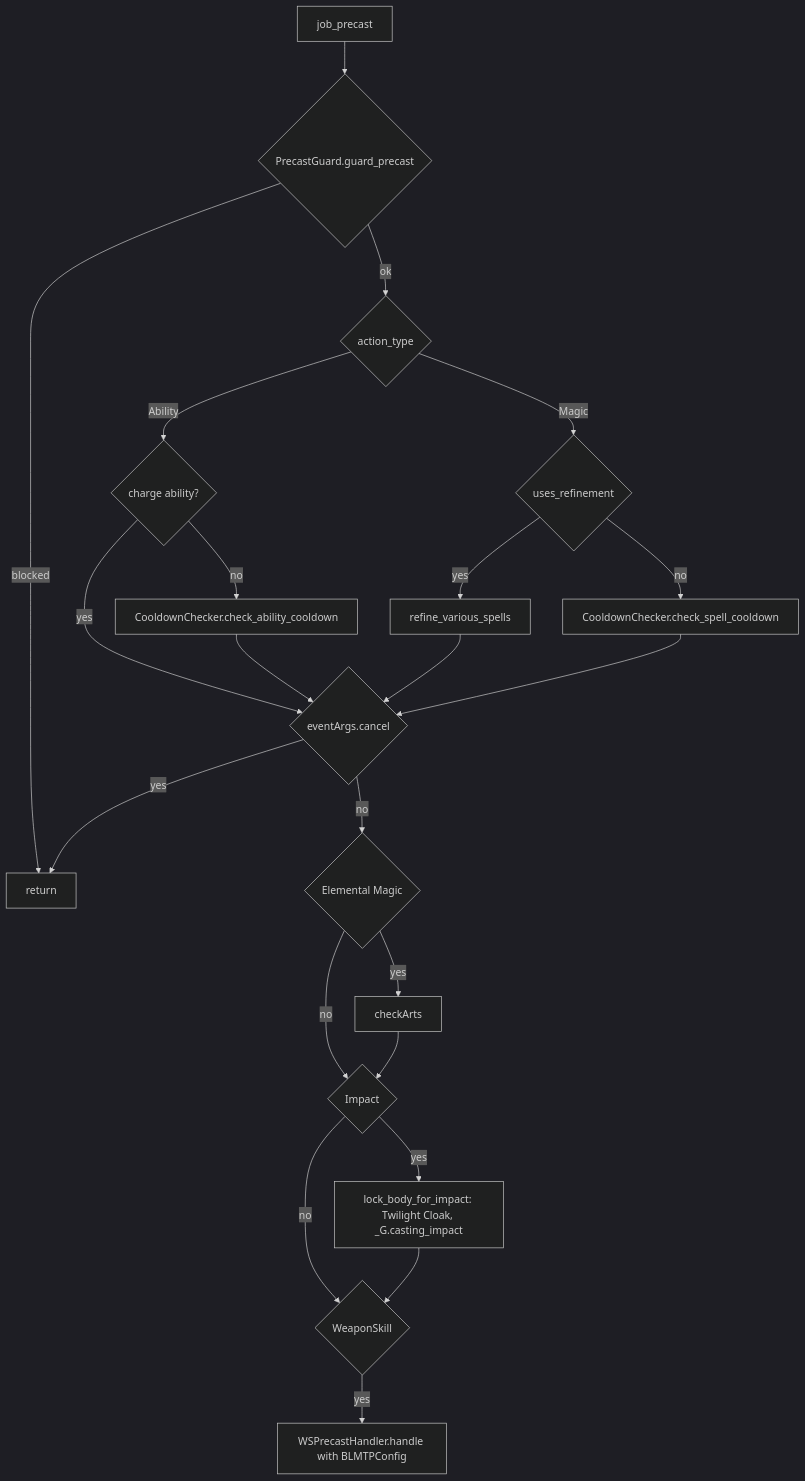
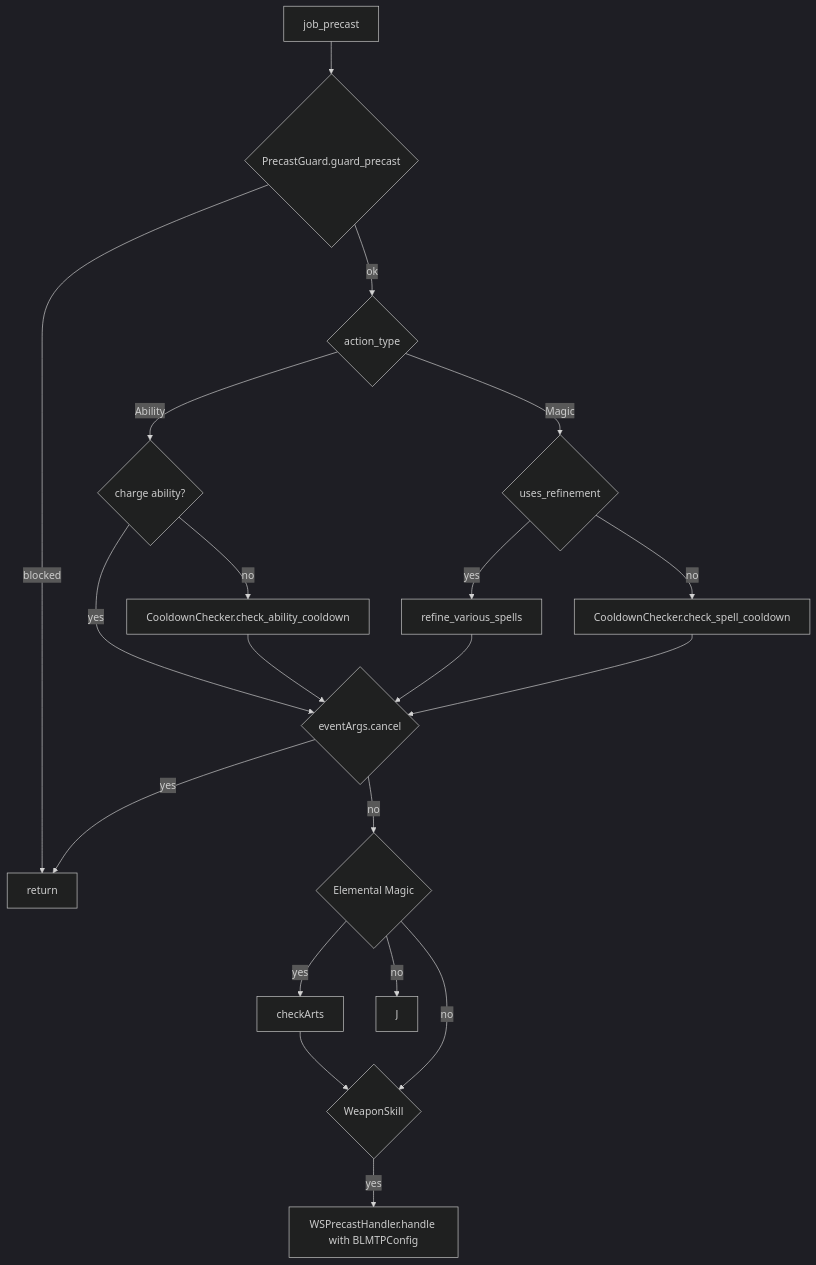
The second of 4 diagrams in docs/dev/jobs/blm.md (ejouanchicot/Gearswap), drawn with Mermaid (dark theme) before and after one commit. The commit also changed other lines of this file and 11 other files, not shown here.

Commit message:
docs: Impact's cloak lock shared by every job

````diff
--- a/docs/dev/jobs/blm.md
+++ b/docs/dev/jobs/blm.md
@@ -138,24 +140,22 @@
 ```mermaid
 flowchart TD
     A[job_precast] --> B{PrecastGuard.guard_precast}
     B -- blocked --> Z[return]
     B -- ok --> C{action_type}
     C -- Ability --> D{charge ability?}
     D -- no --> E[CooldownChecker.check_ability_cooldown]
     D -- yes --> G
     C -- Magic --> F{uses_refinement}
     F -- yes --> R[refine_various_spells]
     F -- no --> S[CooldownChecker.check_spell_cooldown]
     E --> G{eventArgs.cancel}
     R --> G
     S --> G
     G -- yes --> Z
     G -- no --> H{Elemental Magic}
     H -- yes --> I[checkArts]
     H -- no --> J
-    I --> J{Impact}
-    J -- yes --> K[lock_body_for_impact: Twilight Cloak, _G.casting_impact]
-    J -- no --> L
-    K --> L{WeaponSkill}
+    I --> L{WeaponSkill}
+    H -- no --> L
     L -- yes --> M[WSPrecastHandler.handle with BLMTPConfig]
 ```
````
